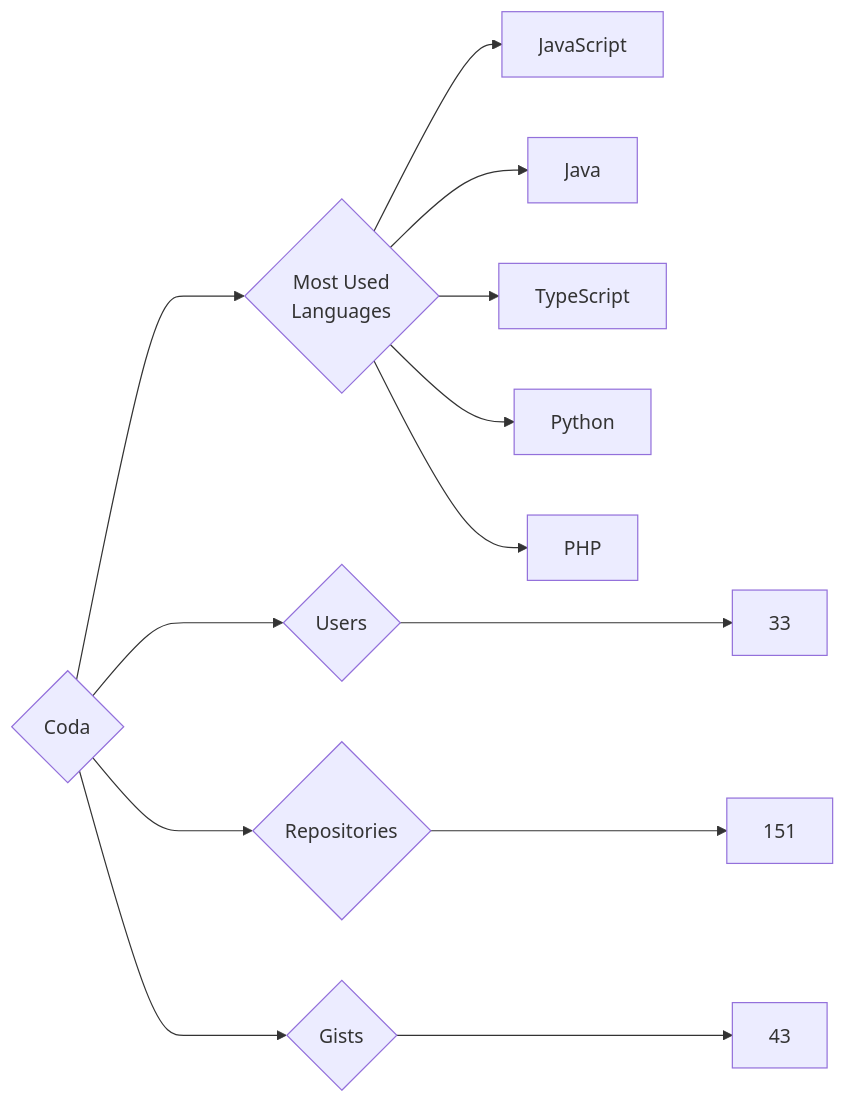
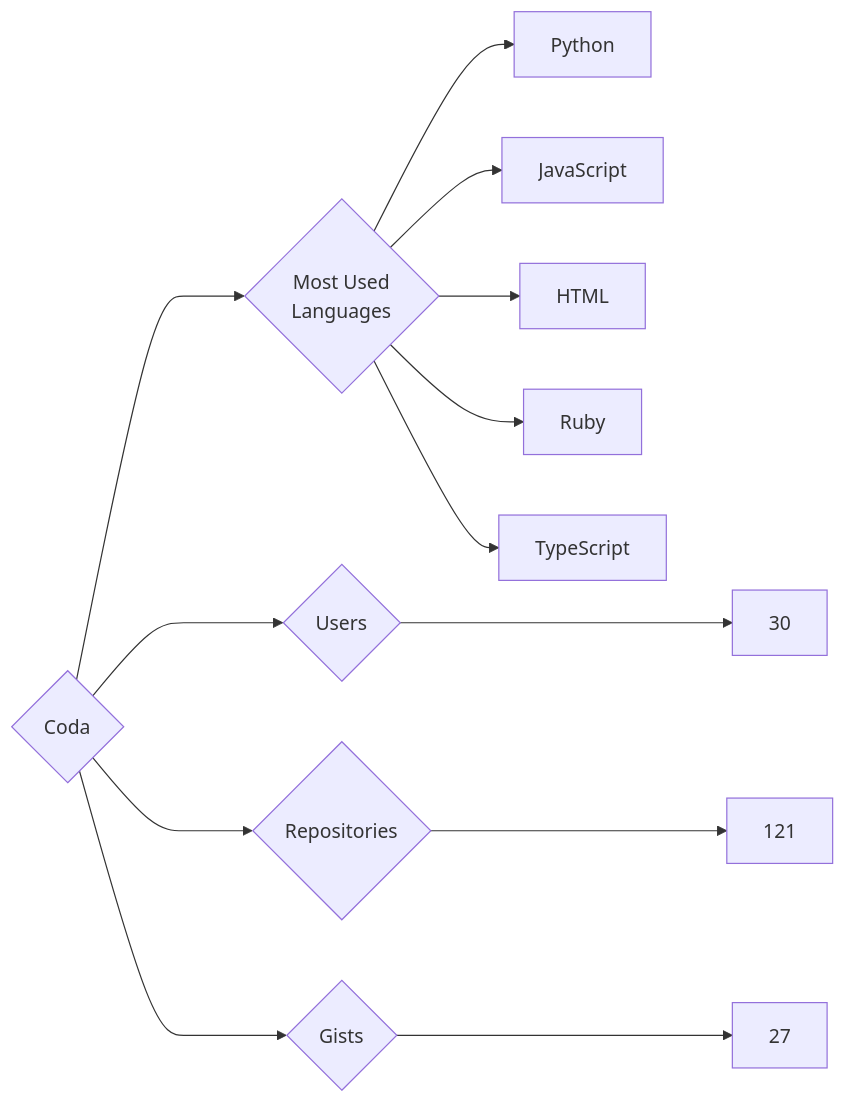
Before and after one commit to trickest/insiders: the diagram in targets/Coda/README.md, drawn with Mermaid. The commit also changed 944 other files, not shown here.

````diff
--- a/targets/Coda/README.md
+++ b/targets/Coda/README.md
@@ -3,13 +3,13 @@
 ```mermaid
 graph LR
 COMPANY_NAME{Coda}
-COMPANY_NAME ---> U{Users} ---> UN[33]
-COMPANY_NAME ---> R{Repositories} ---> RN[151]
-COMPANY_NAME ---> G{Gists} ---> GN[43]
+COMPANY_NAME ---> U{Users} ---> UN[30]
+COMPANY_NAME ---> R{Repositories} ---> RN[121]
+COMPANY_NAME ---> G{Gists} ---> GN[27]
 COMPANY_NAME ---> ML{Most Used<br>Languages}
+ML --> Python[Python]
 ML --> JavaScript[JavaScript]
-ML --> Java[Java]
+ML --> HTML[HTML]
+ML --> Ruby[Ruby]
 ML --> TypeScript[TypeScript]
-ML --> Python[Python]
-ML --> PHP[PHP]
 ```
````
